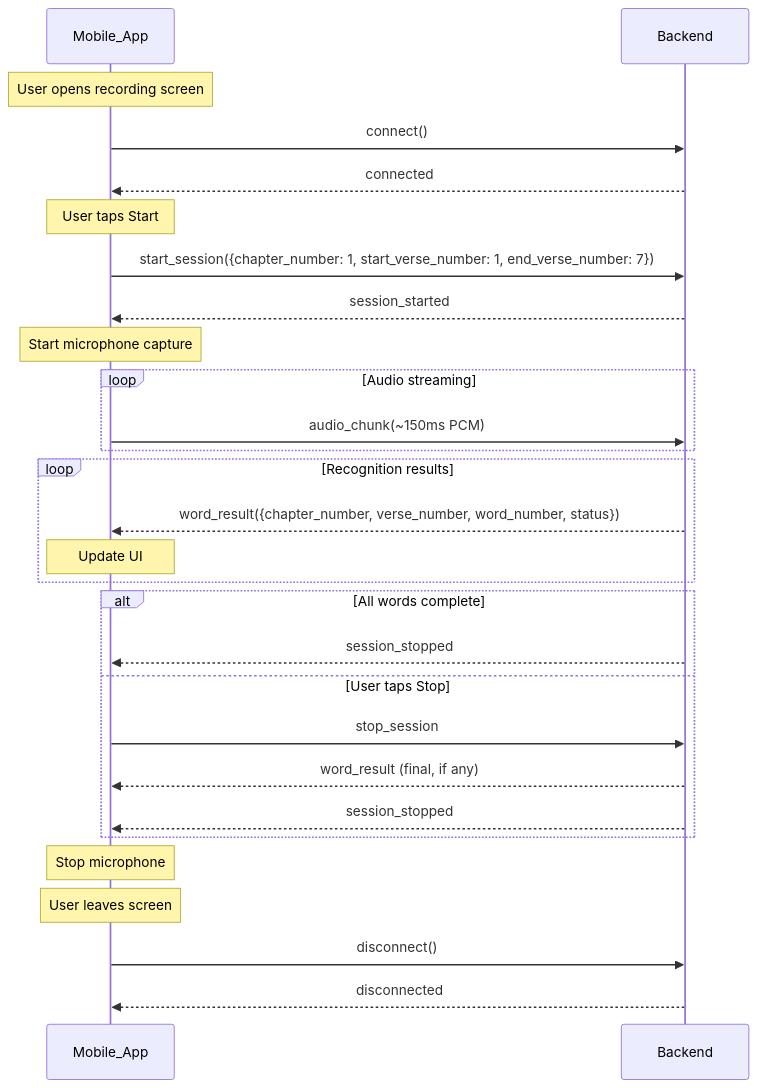
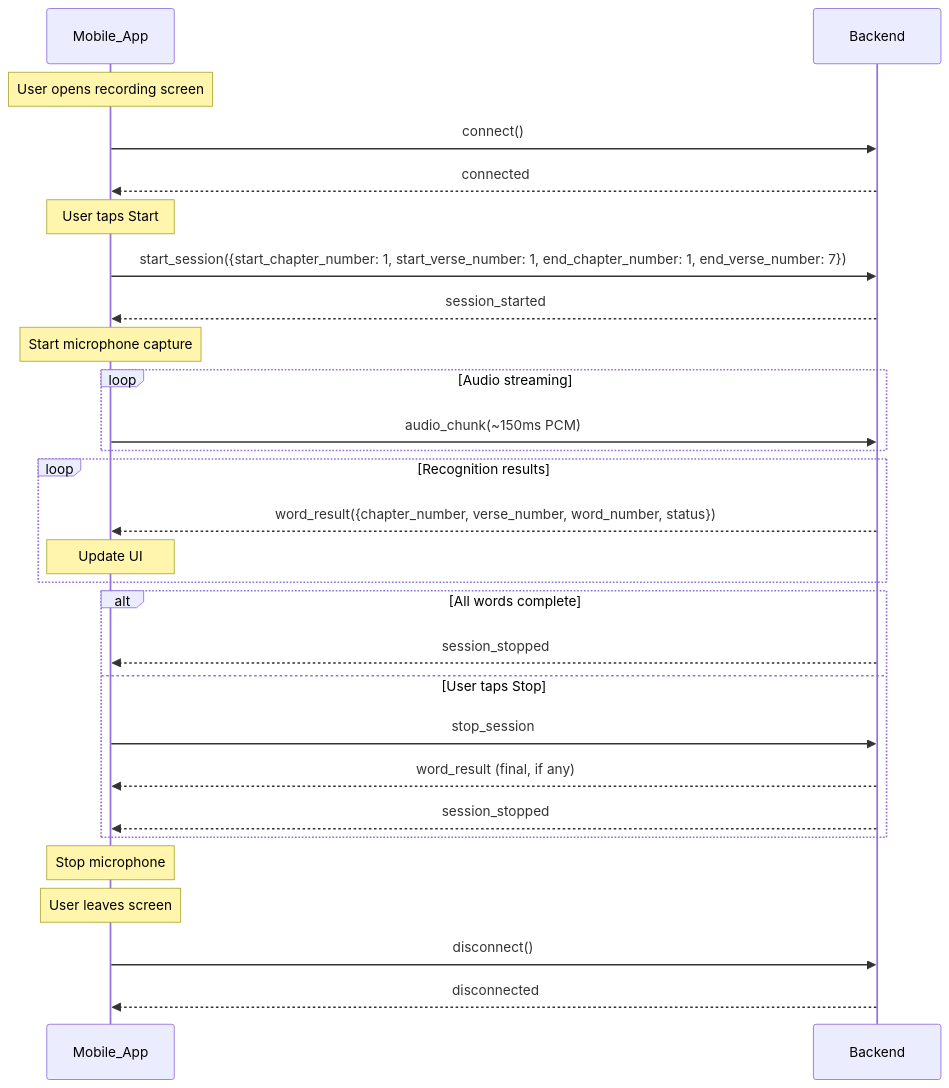
The fifth of 9 diagrams in guide/reference/sequence-diagram.md (basemkhirat/pyquran2), drawn with Mermaid before and after one commit. The commit also changed other lines of this file and 13 other files, not shown here.

First line of the commit message:
Refactor verse handling to support chapter and verse ranges

````diff
--- a/guide/reference/sequence-diagram.md
+++ b/guide/reference/sequence-diagram.md
@@ -101,41 +101,41 @@
 ```mermaid
 sequenceDiagram
     participant App as Mobile_App
     participant Server as Backend
 
     Note over App: User opens recording screen
 
     App->>Server: connect()
     Server-->>App: connected
 
     Note over App: User taps Start
 
-    App->>Server: start_session({chapter_number: 1, start_verse_number: 1, end_verse_number: 7})
+    App->>Server: start_session({start_chapter_number: 1, start_verse_number: 1, end_chapter_number: 1, end_verse_number: 7})
     Server-->>App: session_started
 
     Note over App: Start microphone capture
 
     loop Audio streaming
         App->>Server: audio_chunk(~150ms PCM)
     end
 
     loop Recognition results
         Server-->>App: word_result({chapter_number, verse_number, word_number, status})
         Note over App: Update UI
     end
 
     alt All words complete
         Server-->>App: session_stopped
     else User taps Stop
         App->>Server: stop_session
         Server-->>App: word_result (final, if any)
         Server-->>App: session_stopped
     end
 
     Note over App: Stop microphone
 
     Note over App: User leaves screen
 
     App->>Server: disconnect()
     Server-->>App: disconnected
 ```
````
